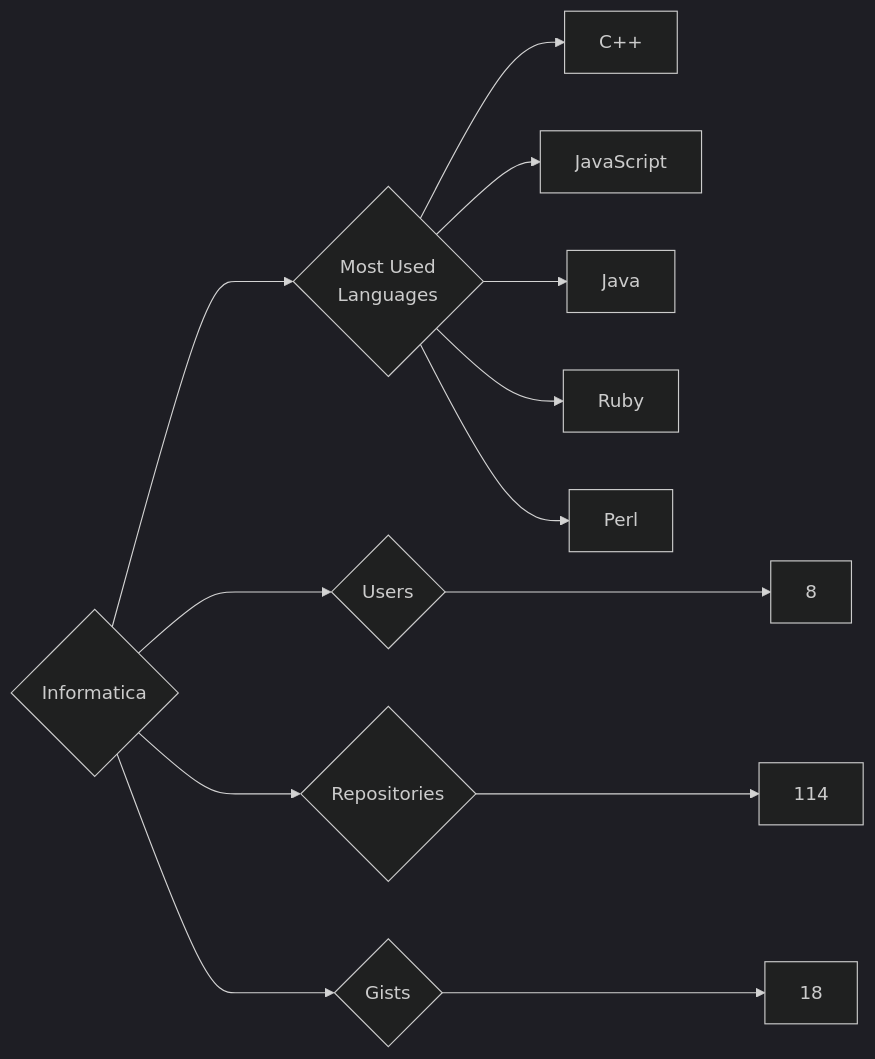
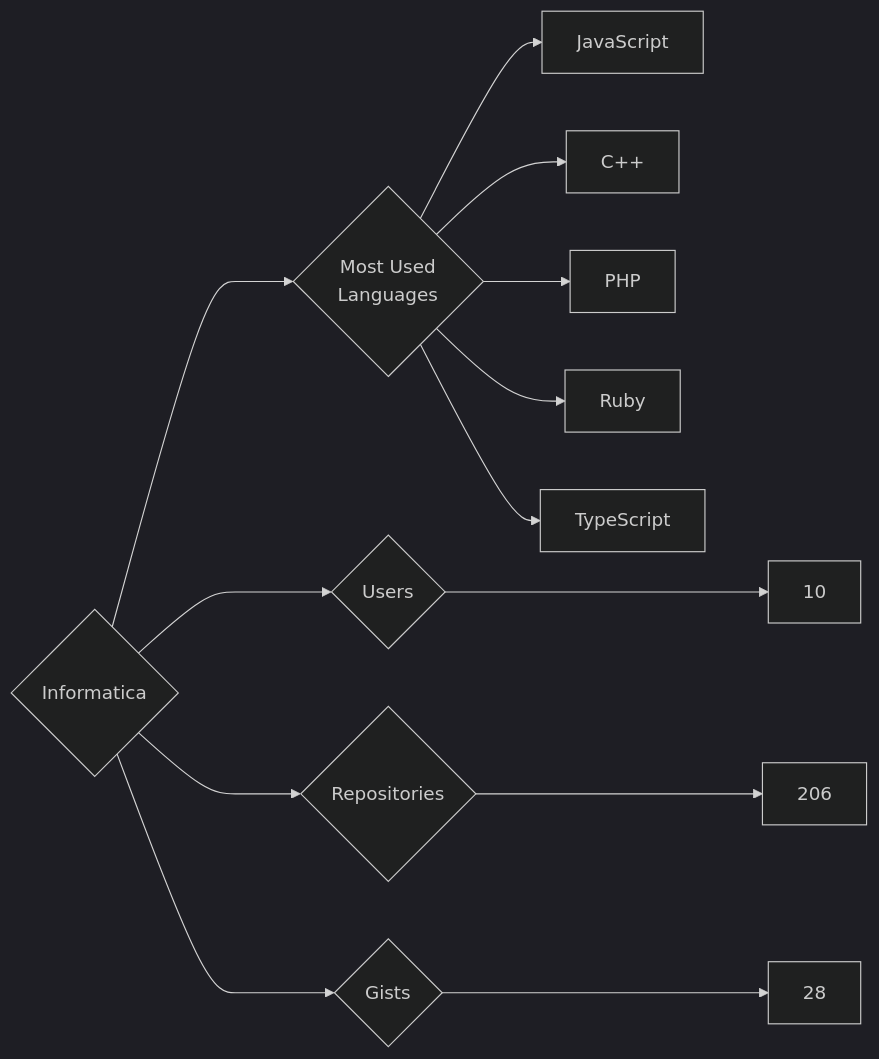
One commit to trickest/insiders changed the diagram in targets/Informatica/README.md. Above: the diagram before and after it, drawn with Mermaid (dark theme). The commit also changed 1055 other files, not shown here.

````diff
--- a/targets/Informatica/README.md
+++ b/targets/Informatica/README.md
@@ -3,13 +3,13 @@
 ```mermaid
 graph LR
 COMPANY_NAME{Informatica}
-COMPANY_NAME ---> U{Users} ---> UN[8]
-COMPANY_NAME ---> R{Repositories} ---> RN[114]
-COMPANY_NAME ---> G{Gists} ---> GN[18]
+COMPANY_NAME ---> U{Users} ---> UN[10]
+COMPANY_NAME ---> R{Repositories} ---> RN[206]
+COMPANY_NAME ---> G{Gists} ---> GN[28]
 COMPANY_NAME ---> ML{Most Used<br>Languages}
+ML --> JavaScript[JavaScript]
 ML --> C++[C++]
-ML --> JavaScript[JavaScript]
-ML --> Java[Java]
+ML --> PHP[PHP]
 ML --> Ruby[Ruby]
-ML --> Perl[Perl]
+ML --> TypeScript[TypeScript]
 ```
````
